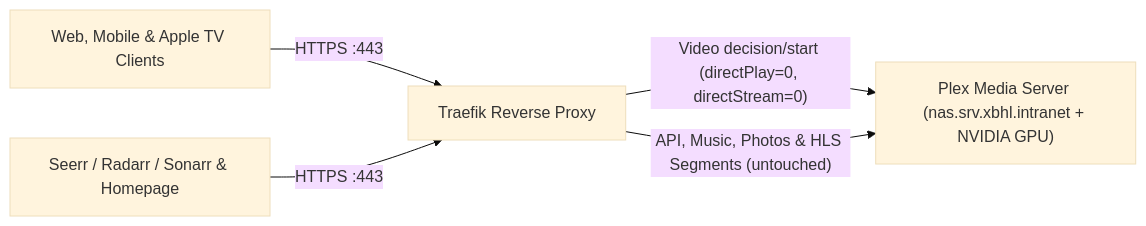
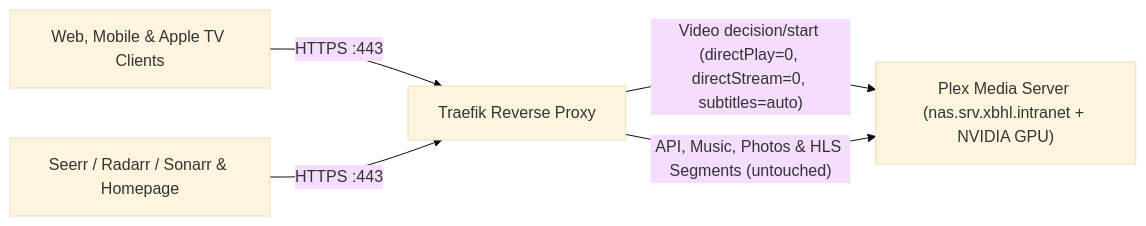
Before and after one commit to lbarczynski-home-lab/plex: the diagram in README.md, drawn with Mermaid (base theme). The commit also changed other lines of this file and 1 other file, not shown here.

Commit message:
fix(plex): enforce subtitles=auto in transcode router to preserve soft subtitles

````diff
--- a/README.md
+++ b/README.md
@@ -19,7 +19,7 @@
 ```mermaid
 flowchart LR
     Clients["Web, Mobile & Apple TV Clients"] -->|"HTTPS :443"| Traefik["Traefik Reverse Proxy"]
     Ecosystem["Seerr / Radarr / Sonarr & Homepage"] -->|"HTTPS :443"| Traefik
-    Traefik -->|"Video decision/start (directPlay=0, directStream=0)"| Plex["Plex Media Server (nas.srv.xbhl.intranet + NVIDIA GPU)"]
+    Traefik -->|"Video decision/start (directPlay=0, directStream=0, subtitles=auto)"| Plex["Plex Media Server (nas.srv.xbhl.intranet + NVIDIA GPU)"]
     Traefik -->|"API, Music, Photos & HLS Segments (untouched)"| Plex
 ```
````
